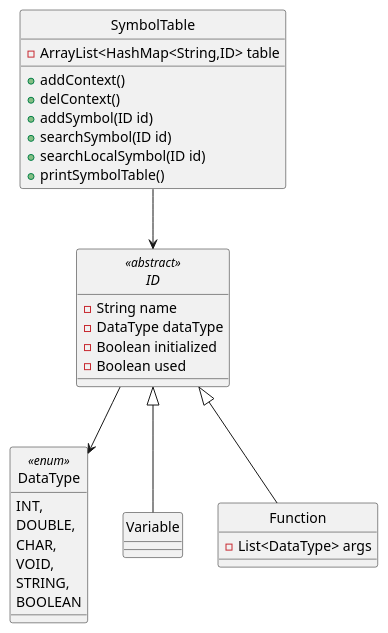
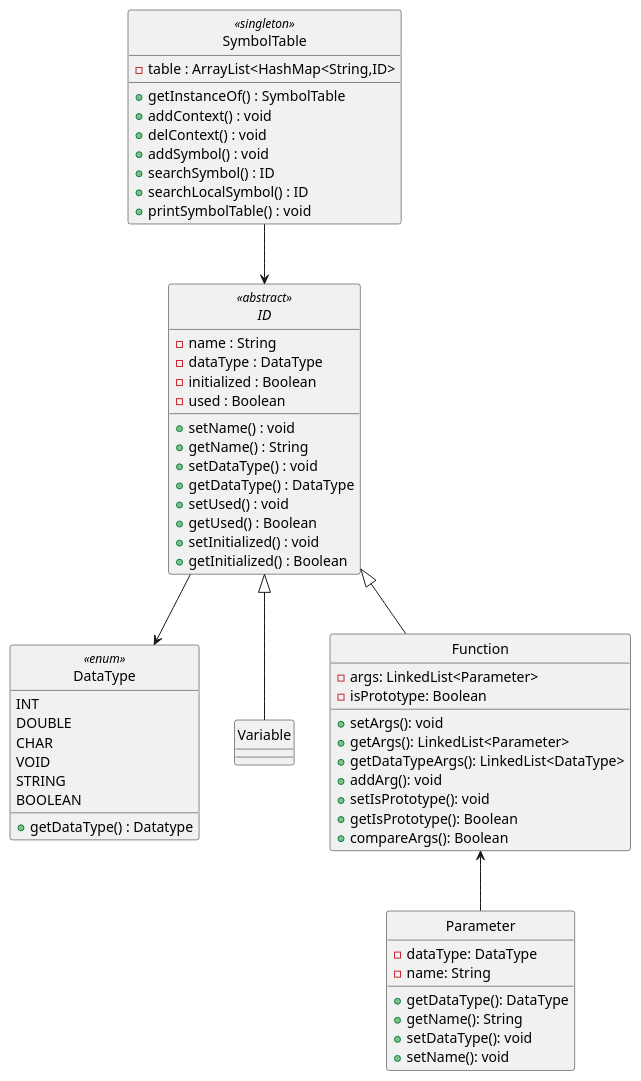
One commit to manugcr/Compiladores changed the diagram in proyectobase/UML/symbolTable.puml. Above: the diagram before and after it, drawn with PlantUML. The commit also changed 12 other files, not shown here.

Commit message:
fix symbolTable

```diff
--- a/proyectobase/UML/symbolTable.puml
+++ b/proyectobase/UML/symbolTable.puml
@@ -1,42 +1,70 @@
 @startuml SymbolTable
 
 hide circle
 
-class SymbolTable {
-    - ArrayList<HashMap<String,ID> table 
-    + addContext()
-    + delContext()
-    + addSymbol(ID id)
-    + searchSymbol(ID id)
-    + searchLocalSymbol(ID id)
-    + printSymbolTable()
+class SymbolTable <<singleton>> {
+    - table : ArrayList<HashMap<String,ID>  
+    + getInstanceOf() : SymbolTable
+    + addContext() : void
+    + delContext() : void
+    + addSymbol() : void
+    + searchSymbol() : ID
+    + searchLocalSymbol() : ID
+    + printSymbolTable() : void
 }
 
 enum DataType <<enum>> {
-    INT,
-    DOUBLE,
-    CHAR,
-    VOID, 
-    STRING,
+    INT
+    DOUBLE
+    CHAR
+    VOID 
+    STRING
     BOOLEAN
+    + getDataType() : Datatype
 }
 
 abstract class ID <<abstract>> {
-    - String name
-    - DataType dataType
-    - Boolean initialized
-    - Boolean used
+    - name : String
+    - dataType : DataType
+    - initialized : Boolean
+    - used : Boolean
+    + setName() : void
+    + getName() : String
+    + setDataType() : void
+    + getDataType() : DataType
+    + setUsed() : void
+    + getUsed() : Boolean
+    + setInitialized() : void
+    + getInitialized() : Boolean
 }
 
 class Variable {}
 
 class Function {
-    - List<DataType> args
+    - args: LinkedList<Parameter>
+    - isPrototype: Boolean
+    + setArgs(): void
+    + getArgs(): LinkedList<Parameter>
+    + getDataTypeArgs(): LinkedList<DataType>
+    + addArg(): void
+    + setIsPrototype(): void
+    + getIsPrototype(): Boolean
+    + compareArgs(): Boolean
+}
+
+class Parameter {
+    - dataType: DataType
+    - name: String
+    + getDataType(): DataType
+    + getName(): String
+    + setDataType(): void
+    + setName(): void
 }
 
 SymbolTable --> ID
-
 ID <|-- Variable
 ID <|-- Function
 ID --> DataType
+Function <-- Parameter
+
 @enduml
```
